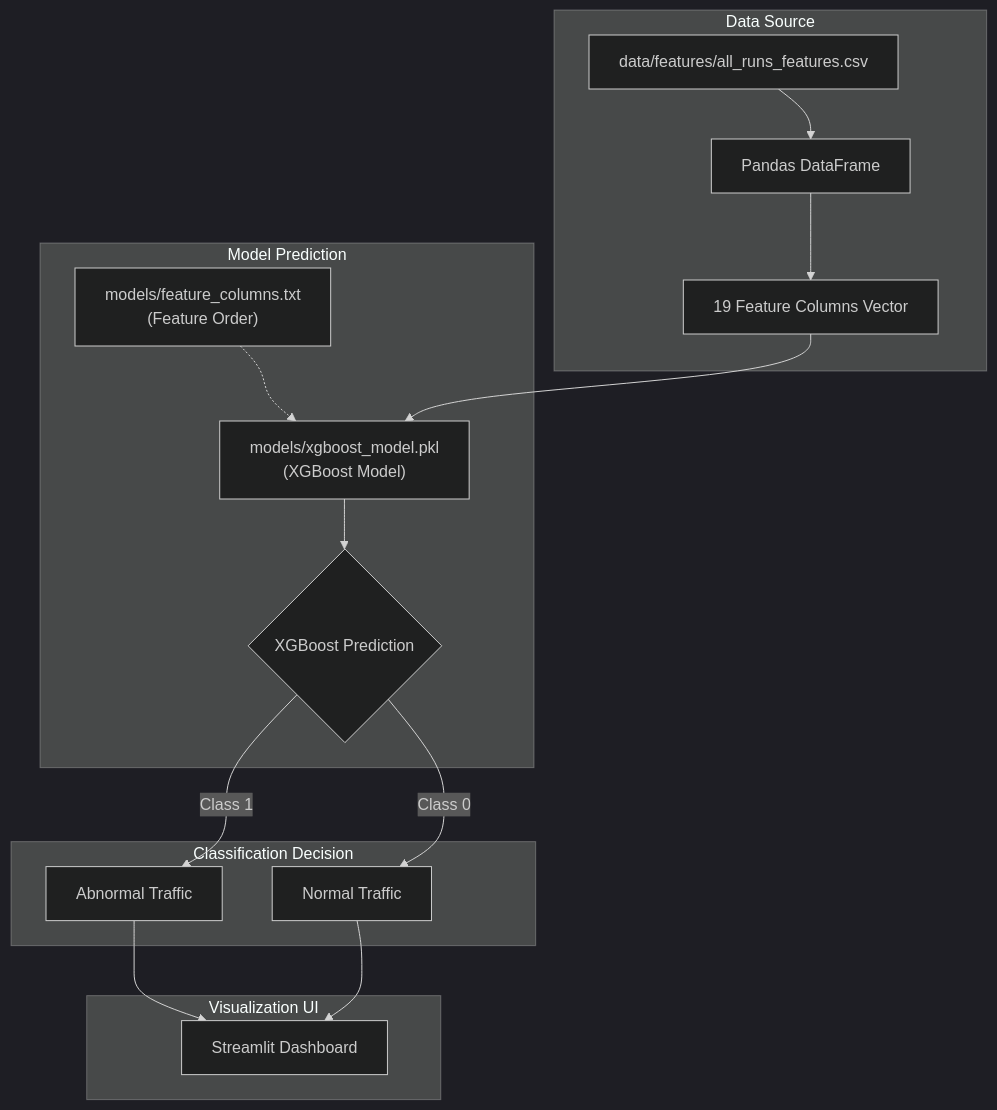
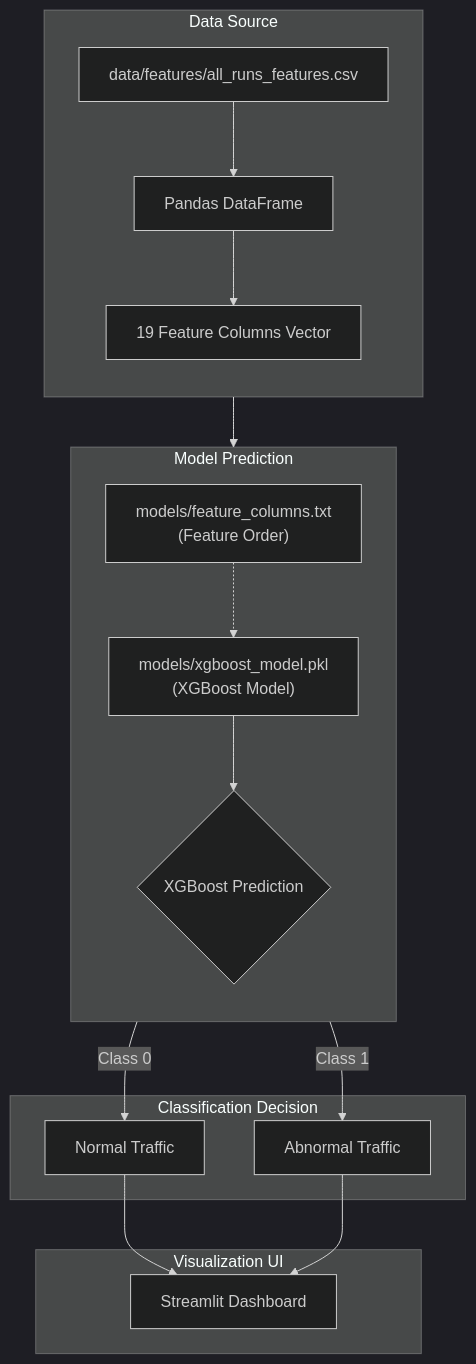
The fifth of 6 diagrams in README.md (Chinmayanand03/5G-Network-Anomaly-Detection-Using-XGBoost-Based-Telemetry-Analysis), drawn with Mermaid (dark theme) before and after one commit. The commit also changed other lines of this file and 1 other file, not shown here.

````diff
--- a/README.md
+++ b/README.md
@@ -359,25 +363,29 @@
 ```mermaid
 flowchart TD
     subgraph DataInput ["Data Source"]
+        direction TB
         A["data/features/all_runs_features.csv"] --> B["Pandas DataFrame"]
         B --> C["19 Feature Columns Vector"]
     end
 
     subgraph ModelInference ["Model Prediction"]
-        D["models/feature_columns.txt<br/>(Feature Order)"] -.-> E
-        C --> E["models/xgboost_model.pkl<br/>(XGBoost Model)"]
+        direction TB
+        D["models/feature_columns.txt<br/>(Feature Order)"] -.-> E["models/xgboost_model.pkl<br/>(XGBoost Model)"]
         E --> F{"XGBoost Prediction"}
     end
 
     subgraph ClassOutput ["Classification Decision"]
-        F -->|Class 0| G["Normal Traffic"]
-        F -->|Class 1| H["Abnormal Traffic"]
+        G["Normal Traffic"]
+        H["Abnormal Traffic"]
     end
 
     subgraph DashboardView ["Visualization UI"]
-        G --> I["Streamlit Dashboard"]
-        H --> I
+        I["Streamlit Dashboard"]
     end
 
-    DataInput ~~~ ModelInference ~~~ ClassOutput ~~~ DashboardView
+    C --> E
+    F -->|Class 0| G
+    F -->|Class 1| H
+    G --> I
+    H --> I
 ```
````
